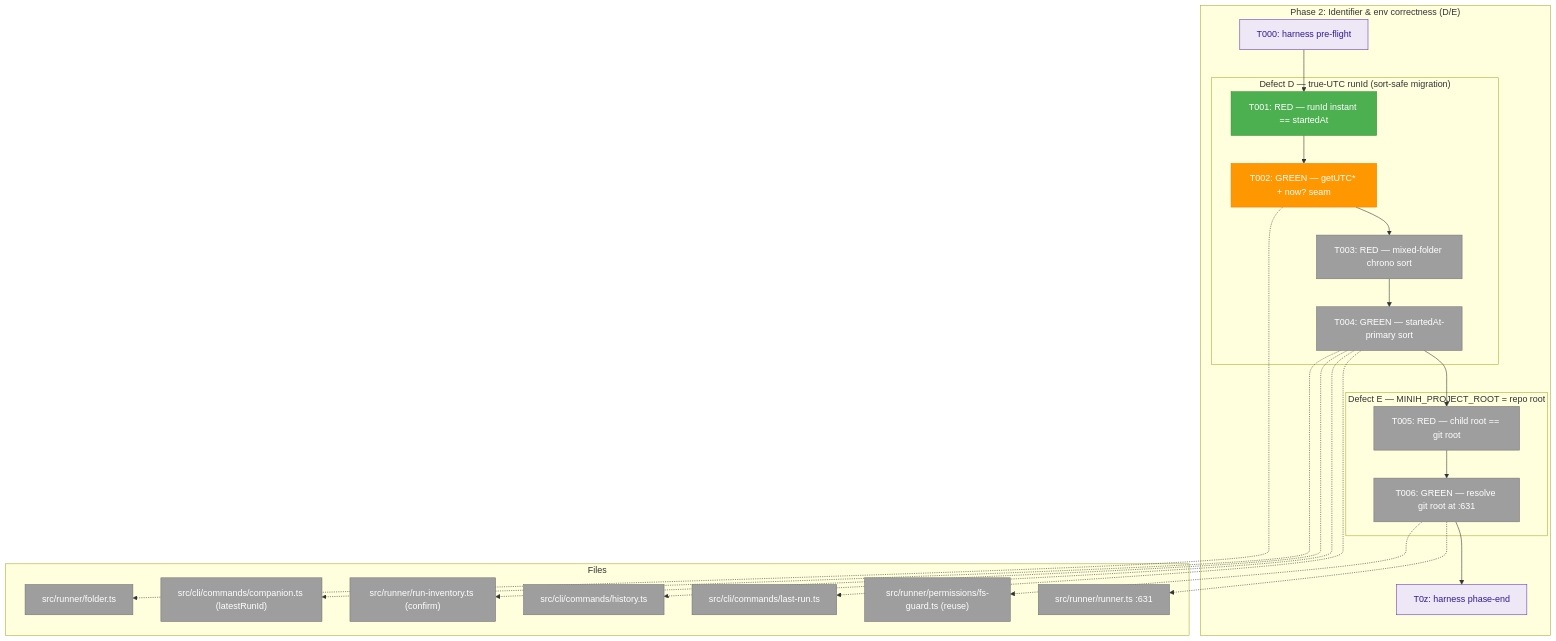
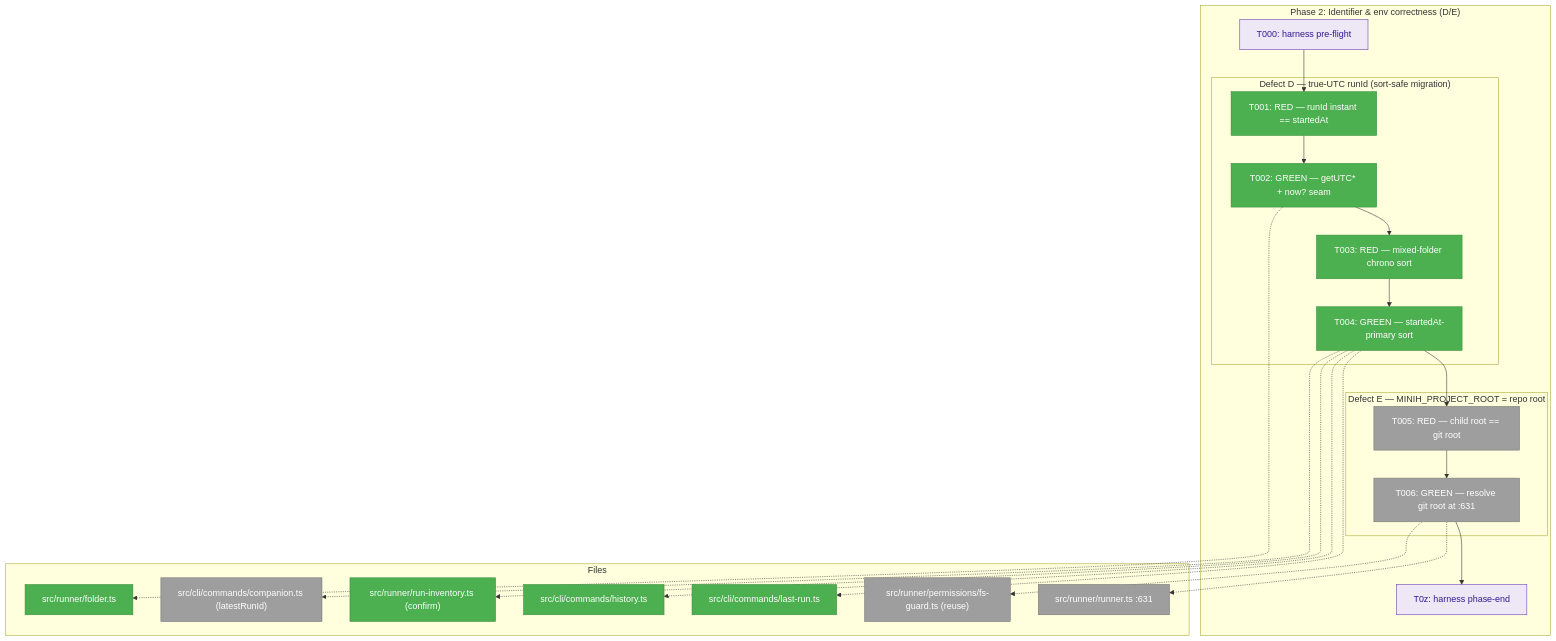
One commit to AI-Substrate/minih changed the first of 3 diagrams in docs/plans/028-companion-mode-reliability/tasks/phase-2-identifier-env-correctness-d-e/tasks.md. Above: the diagram before and after it, drawn with Mermaid. The commit also changed other lines of this file and 8 other files, not shown here.

First line of the commit message:
fix(cli): sort 'newest run' selectors by startedAt, not folder name (defect D, T003/T004)

````diff
--- a/docs/plans/028-companion-mode-reliability/tasks/phase-2-identifier-env-correctness-d-e/tasks.md
+++ b/docs/plans/028-companion-mode-reliability/tasks/phase-2-identifier-env-correctness-d-e/tasks.md
@@ -85,42 +85,42 @@
 ```mermaid
 flowchart TD
     classDef pending fill:#9E9E9E,stroke:#757575,color:#fff
     classDef inprogress fill:#FF9800,stroke:#F57C00,color:#fff
     classDef completed fill:#4CAF50,stroke:#388E3C,color:#fff
     classDef seam fill:#EDE7F6,stroke:#673AB7,color:#311B92
 
     subgraph Phase["Phase 2: Identifier & env correctness (D/E)"]
         T000["T000: harness pre-flight"]:::seam
         subgraph D["Defect D — true-UTC runId (sort-safe migration)"]
             T001["T001: RED — runId instant == startedAt"]:::completed
-            T002["T002: GREEN — getUTC* + now? seam"]:::inprogress
-            T003["T003: RED — mixed-folder chrono sort"]:::pending
-            T004["T004: GREEN — startedAt-primary sort"]:::pending
+            T002["T002: GREEN — getUTC* + now? seam"]:::completed
+            T003["T003: RED — mixed-folder chrono sort"]:::completed
+            T004["T004: GREEN — startedAt-primary sort"]:::completed
         end
         subgraph E["Defect E — MINIH_PROJECT_ROOT = repo root"]
             T005["T005: RED — child root == git root"]:::pending
             T006["T006: GREEN — resolve git root at :631"]:::pending
         end
         T0z["T0z: harness phase-end"]:::seam
         T000 --> T001 --> T002 --> T003 --> T004
         T004 --> T005 --> T006 --> T0z
     end
 
     subgraph Files["Files"]
-        F1["src/runner/folder.ts"]:::pending
-        F2["src/cli/commands/last-run.ts"]:::pending
-        F3["src/cli/commands/history.ts"]:::pending
-        F4["src/runner/run-inventory.ts (confirm)"]:::pending
+        F1["src/runner/folder.ts"]:::completed
+        F2["src/cli/commands/last-run.ts"]:::completed
+        F3["src/cli/commands/history.ts"]:::completed
+        F4["src/runner/run-inventory.ts (confirm)"]:::completed
         F5["src/runner/runner.ts :631"]:::pending
         F6["src/runner/permissions/fs-guard.ts (reuse)"]:::pending
         F7["src/cli/commands/companion.ts (latestRunId)"]:::pending
     end
 
     T002 -.-> F1
     T004 -.-> F2
     T004 -.-> F3
     T004 -.-> F4
     T004 -.-> F7
     T006 -.-> F5
     T006 -.-> F6
 ```
````
